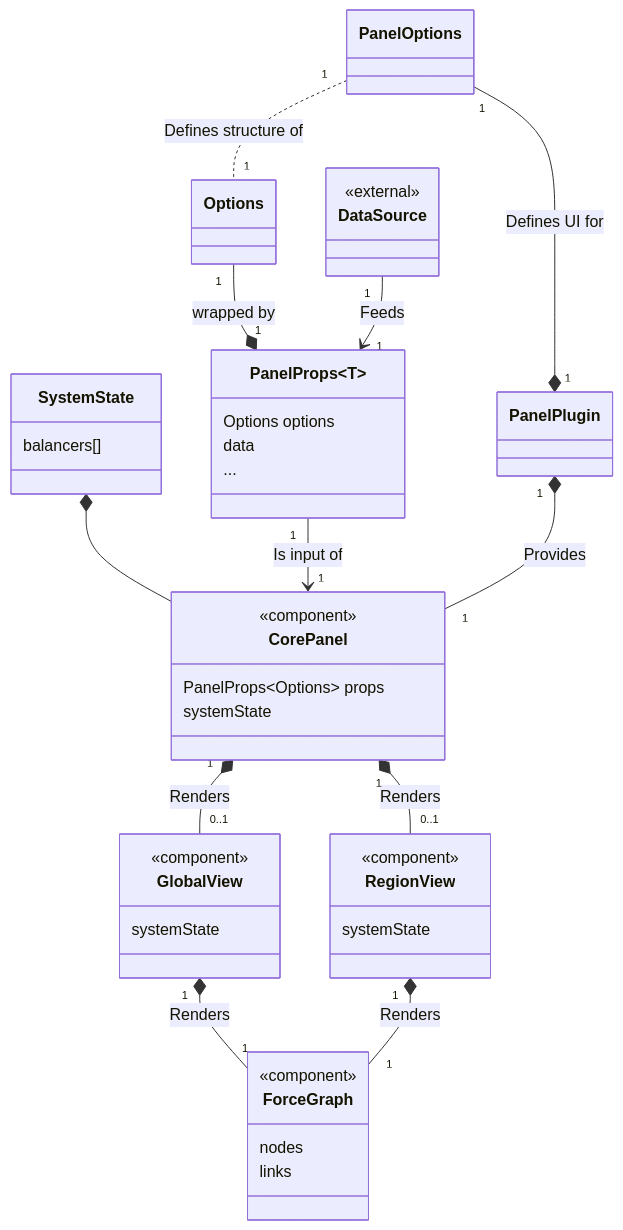
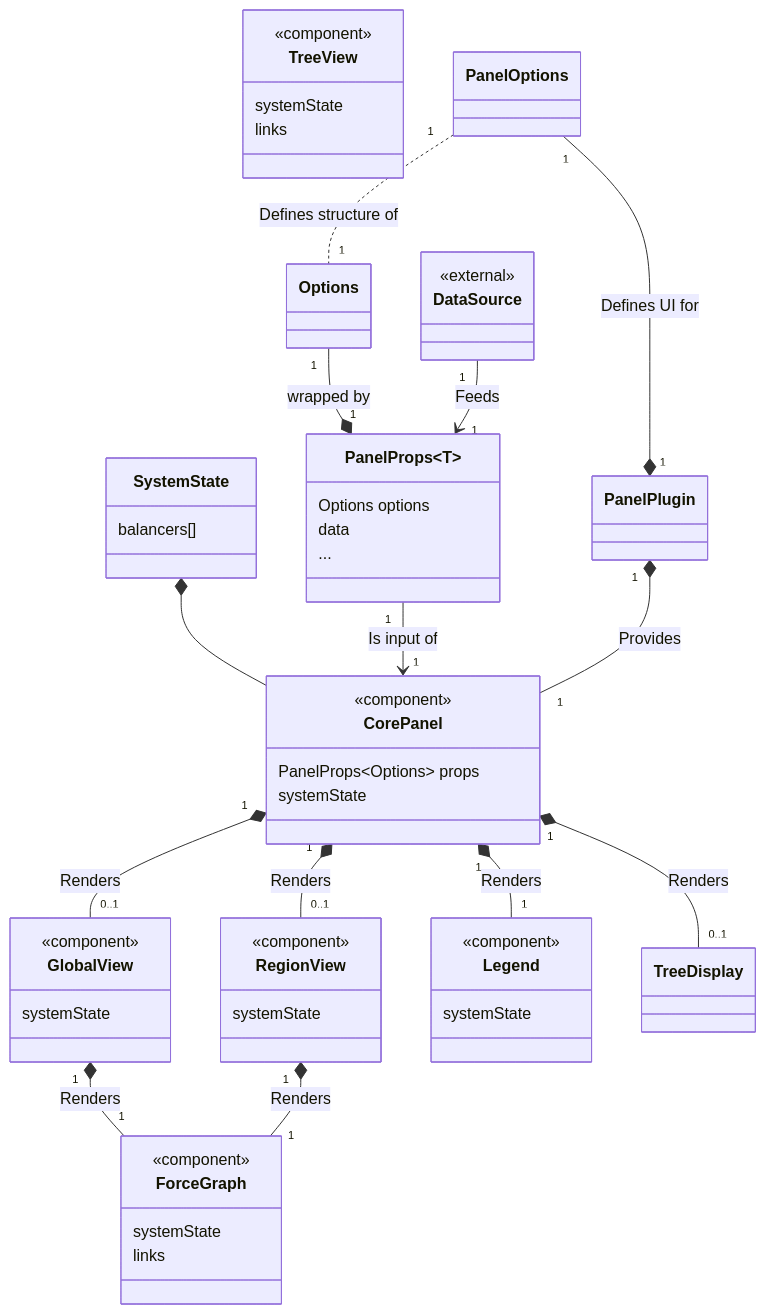
The diagram in figures/vis/panel-internal-class.mmd (dyc3/senior-design), drawn with Mermaid before and after one commit. The commit also changed 1 other file, not shown here.

Commit message:
Update vis panel class diagram (#360)

```diff
--- a/figures/vis/panel-internal-class.mmd
+++ b/figures/vis/panel-internal-class.mmd
@@ -1,49 +1,61 @@
 classDiagram
     class PanelPlugin
     class PanelProps~T~ {
         Options options
         data
         ...
     }
     class CorePanel {
         <<component>>
         PanelProps~Options~ props
         systemState
     }
     class GlobalView {
         <<component>>
         systemState
     }
     class RegionView {
         <<component>>
         systemState
     }
     class DataSource {
         <<external>>
     }
-    class ForceGraph {
+    class TreeView {
         <<component>>
-        nodes
+        systemState
         links
     }
     class SystemState {
         balancers[]
+    }
+    class Legend {
+        <<component>>
+        systemState
+    }
+    class ForceGraph {
+        <<component>>
+        systemState
+        links
     }
 
     SystemState *-- CorePanel
     PanelOptions "1" --* "1" PanelPlugin : Defines UI for
     PanelOptions "1" .. "1" Options : Defines structure of
     PanelProps "1" --> "1" CorePanel : Is input of
     Options "1" --* "1" PanelProps : wrapped by
     DataSource "1" --> "1" PanelProps : Feeds
     PanelPlugin "1" *-- "1" CorePanel : Provides
     CorePanel "1" *-- "0..1" GlobalView : Renders
     CorePanel "1" *-- "0..1" RegionView : Renders
+    CorePanel "1" *-- "0..1" TreeDisplay : Renders
+    CorePanel "1" *-- "1" Legend : Renders
     GlobalView "1" *-- "1" ForceGraph : Renders
     RegionView "1" *-- "1" ForceGraph : Renders
+
 
     %% FIXME: not supported on mermaid 10.6, requires upgrading to 10.7
     %% style DataSource stroke:,stroke-dasharray:5 5
     %% style PanelProps stroke:,stroke-dasharray:5 5
     %% style PanelPlugin stroke:,stroke-dasharray:5 5
     %% style PanelOptions stroke:,stroke-dasharray:5 5
```
